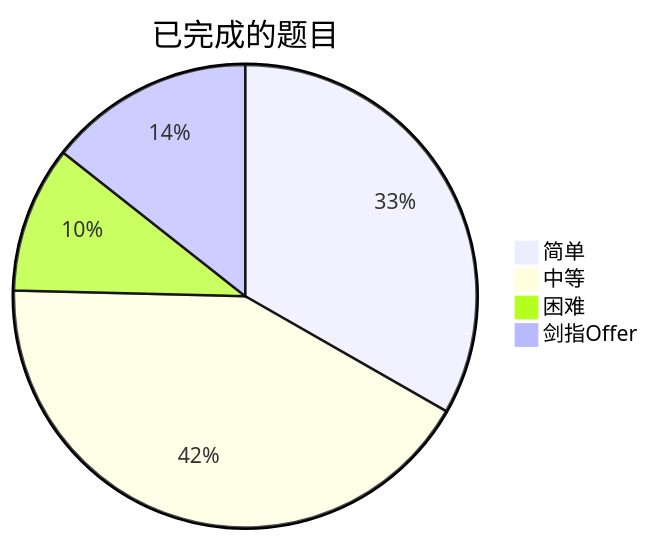
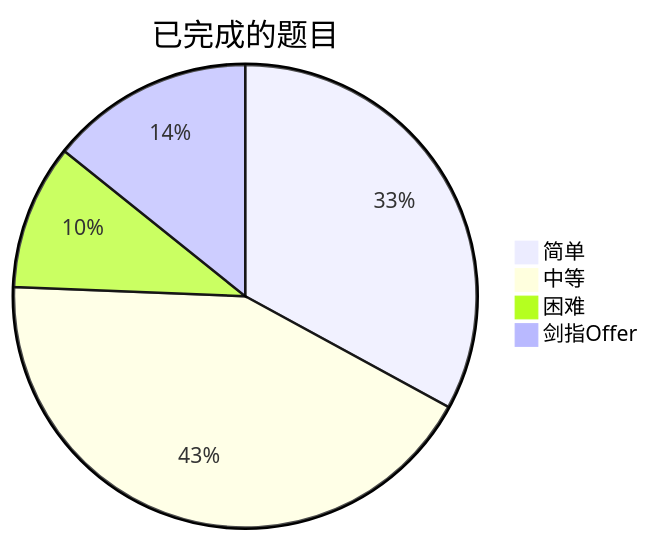
Before and after one commit to kaisa911/LeetCode: the diagram in README.md, drawn with Mermaid. The commit also changed other lines of this file and 36 other files, not shown here.

````diff
--- a/README.md
+++ b/README.md
@@ -9,7 +9,7 @@
 ```mermaid
 pie title 已完成的题目
     "简单" : 169
-    "中等" : 214
+    "中等" : 219
     "困难" : 52
     "剑指Offer" : 73
 ```
````
